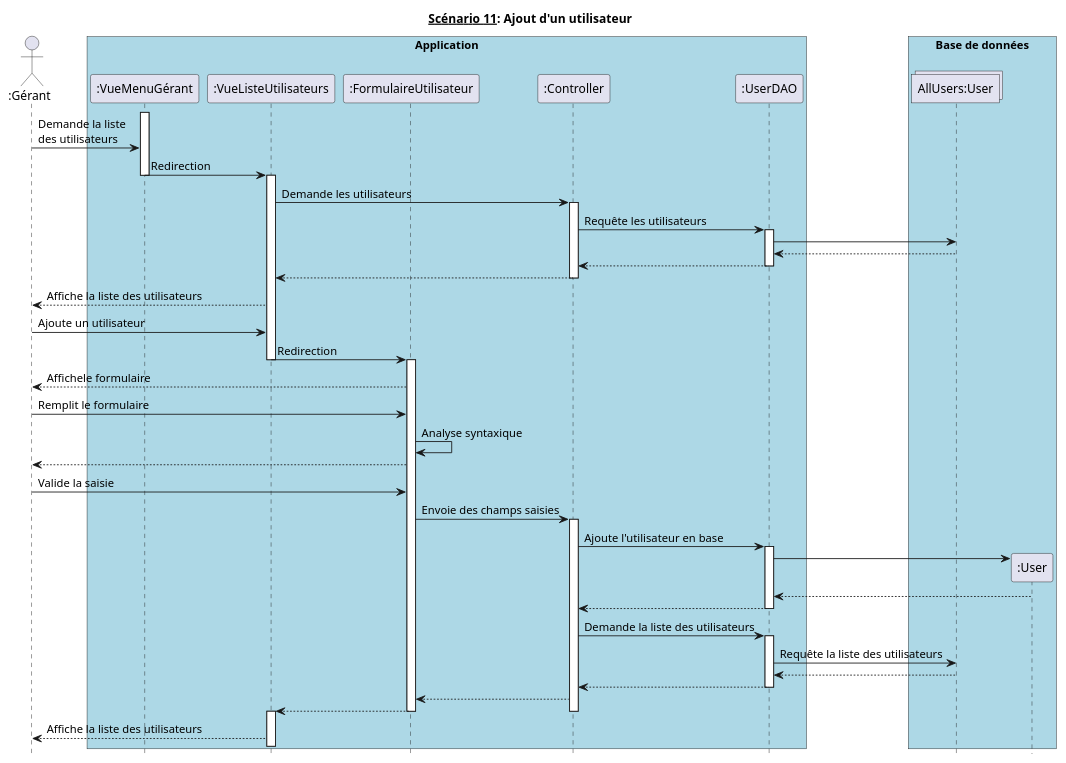
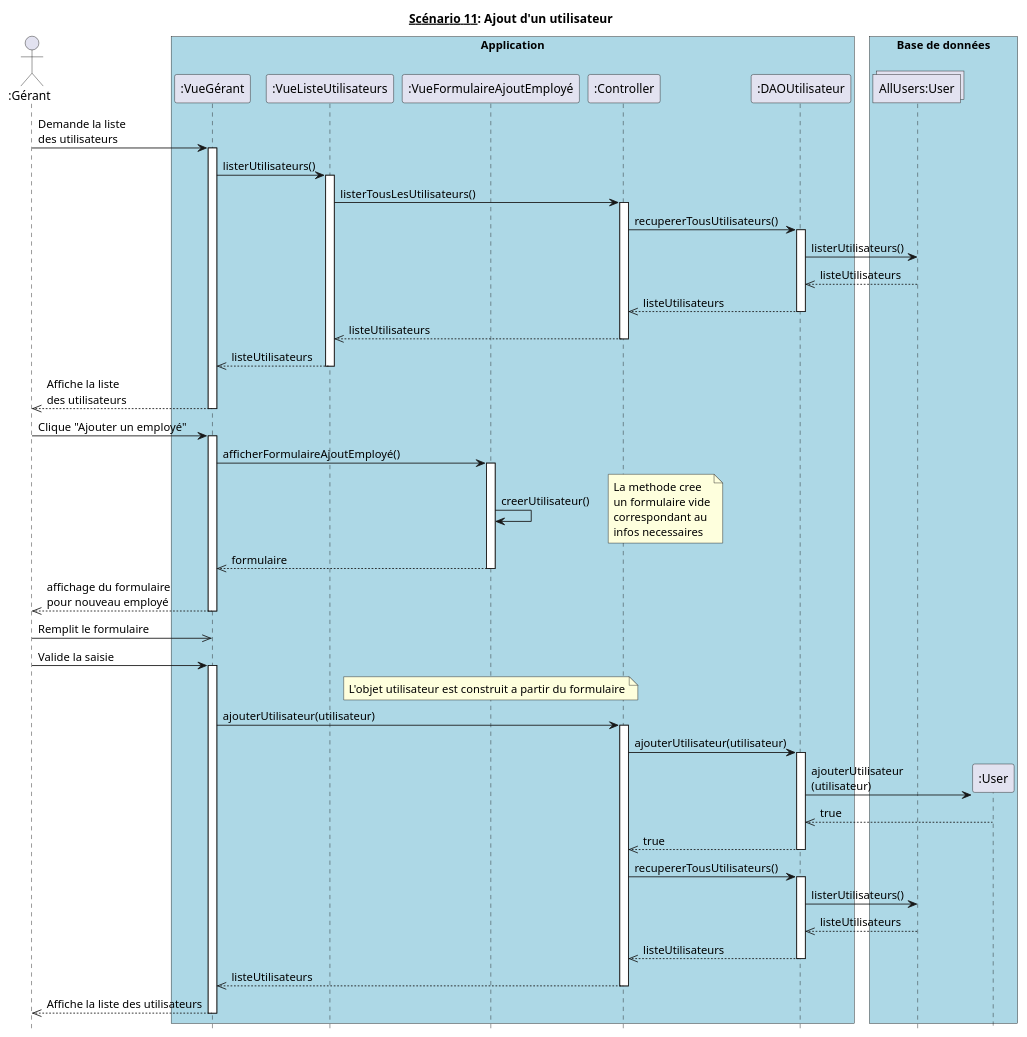
Before and after one commit to hulskenA/GL-Les_seigneurs_du_resto: the diagram in diagrammes_sequences_detailles/dss11.md, drawn with PlantUML.

Commit message:
Reworked dss11

````diff
--- a/diagrammes_sequences_detailles/dss11.md
+++ b/diagrammes_sequences_detailles/dss11.md
@@ -1,70 +1,75 @@
 ```puml
 @startuml
 hide footbox
 title __Scénario 11__: Ajout d'un utilisateur
 
 actor ":Gérant" as Gérant order 10
 
 box "Application" #Lightblue
-  participant ":VueMenuGérant" as VueMenuGérant order 20
+  participant ":VueGérant" as VueGérant order 20
   participant ":VueListeUtilisateurs" as VueListeUtilisateurs order 30
-  participant ":FormulaireUtilisateur" as FormulaireUtilisateur order 40
+  participant ":VueFormulaireAjoutEmployé" as VueFormulaireAjoutEmployé order 40
   participant ":Controller" as Controller order 50
-  participant ":UserDAO" as UserDAO order 60
+  participant ":DAOUtilisateur" as DAOUtilisateur order 60
 endbox
 
 box "Base de données" #Lightblue
   collections "AllUsers:User" as UserList order 70
   participant ":User" as User order 80
 endbox
 
-activate VueMenuGérant
 
-Gérant -> VueMenuGérant : Demande la liste\ndes utilisateurs
-VueMenuGérant -> VueListeUtilisateurs : Redirection
-deactivate VueMenuGérant
+Gérant -> VueGérant : Demande la liste\ndes utilisateurs
+activate VueGérant
+VueGérant -> VueListeUtilisateurs : listerUtilisateurs()
 activate VueListeUtilisateurs
-VueListeUtilisateurs -> Controller : Demande les utilisateurs
+VueListeUtilisateurs -> Controller : listerTousLesUtilisateurs()
 activate Controller
-Controller -> UserDAO : Requête les utilisateurs
-activate UserDAO
-UserDAO -> UserList
-UserDAO <-- UserList
-UserDAO --> Controller
-deactivate UserDAO
-Controller --> VueListeUtilisateurs
+Controller -> DAOUtilisateur : recupererTousUtilisateurs()
+activate DAOUtilisateur
+DAOUtilisateur -> UserList : listerUtilisateurs()
+DAOUtilisateur <<-- UserList : listeUtilisateurs
+DAOUtilisateur -->> Controller: listeUtilisateurs
+deactivate DAOUtilisateur
+Controller -->> VueListeUtilisateurs : listeUtilisateurs
 deactivate Controller
-VueListeUtilisateurs --> Gérant : Affiche la liste des utilisateurs
-Gérant -> VueListeUtilisateurs : Ajoute un utilisateur
-VueListeUtilisateurs -> FormulaireUtilisateur : Redirection
+VueListeUtilisateurs -->> VueGérant : listeUtilisateurs
 deactivate VueListeUtilisateurs
-activate FormulaireUtilisateur
-FormulaireUtilisateur --> Gérant : Affichele formulaire
-Gérant -> FormulaireUtilisateur : Remplit le formulaire
-FormulaireUtilisateur -> FormulaireUtilisateur : Analyse syntaxique
-Gérant <-- FormulaireUtilisateur
-Gérant -> FormulaireUtilisateur : Valide la saisie
-FormulaireUtilisateur -> Controller : Envoie des champs saisies
+VueGérant -->> Gérant : Affiche la liste \ndes utilisateurs
+deactivate VueGérant
+Gérant -> VueGérant : Clique "Ajouter un employé"
+activate VueGérant
+VueGérant -> VueFormulaireAjoutEmployé : afficherFormulaireAjoutEmployé()
+activate VueFormulaireAjoutEmployé
+VueFormulaireAjoutEmployé -> VueFormulaireAjoutEmployé: creerUtilisateur()
+note right : La methode cree \nun formulaire vide\ncorrespondant au\ninfos necessaires
+VueFormulaireAjoutEmployé -->> VueGérant : formulaire
+deactivate VueFormulaireAjoutEmployé
+VueGérant -->> Gérant : affichage du formulaire\npour nouveau employé
+deactivate VueGérant
+Gérant ->> VueGérant : Remplit le formulaire
+Gérant -> VueGérant : Valide la saisie
+activate VueGérant
+note over VueFormulaireAjoutEmployé : L'objet utilisateur est construit a partir du formulaire
+VueGérant -> Controller : ajouterUtilisateur(utilisateur)
 activate Controller
-Controller -> UserDAO : Ajoute l'utilisateur en base
-activate UserDAO
+Controller -> DAOUtilisateur : ajouterUtilisateur(utilisateur)
+activate DAOUtilisateur
 create User
-UserDAO -> User
-User --> UserDAO
-UserDAO --> Controller
-deactivate UserDAO
-Controller -> UserDAO : Demande la liste des utilisateurs
-activate UserDAO
-UserDAO -> UserList : Requête la liste des utilisateurs
-UserList --> UserDAO
-UserDAO --> Controller
-deactivate UserDAO
-Controller --> FormulaireUtilisateur
-FormulaireUtilisateur --> VueListeUtilisateurs
-deactivate FormulaireUtilisateur
-activate VueListeUtilisateurs
+DAOUtilisateur -> User : ajouterUtilisateur\n(utilisateur)
+User -->> DAOUtilisateur : true
+DAOUtilisateur -->> Controller : true
+deactivate DAOUtilisateur
+Controller -> DAOUtilisateur : recupererTousUtilisateurs()
+activate DAOUtilisateur
+DAOUtilisateur -> UserList : listerUtilisateurs()
+UserList -->> DAOUtilisateur : listeUtilisateurs
+DAOUtilisateur -->> Controller : listeUtilisateurs
+deactivate DAOUtilisateur
+Controller -->> VueGérant : listeUtilisateurs
 deactivate Controller
-VueListeUtilisateurs --> Gérant : Affiche la liste des utilisateurs
+VueGérant -->> Gérant : Affiche la liste des utilisateurs
+deactivate VueGérant
 
 @enduml
 ```
````
